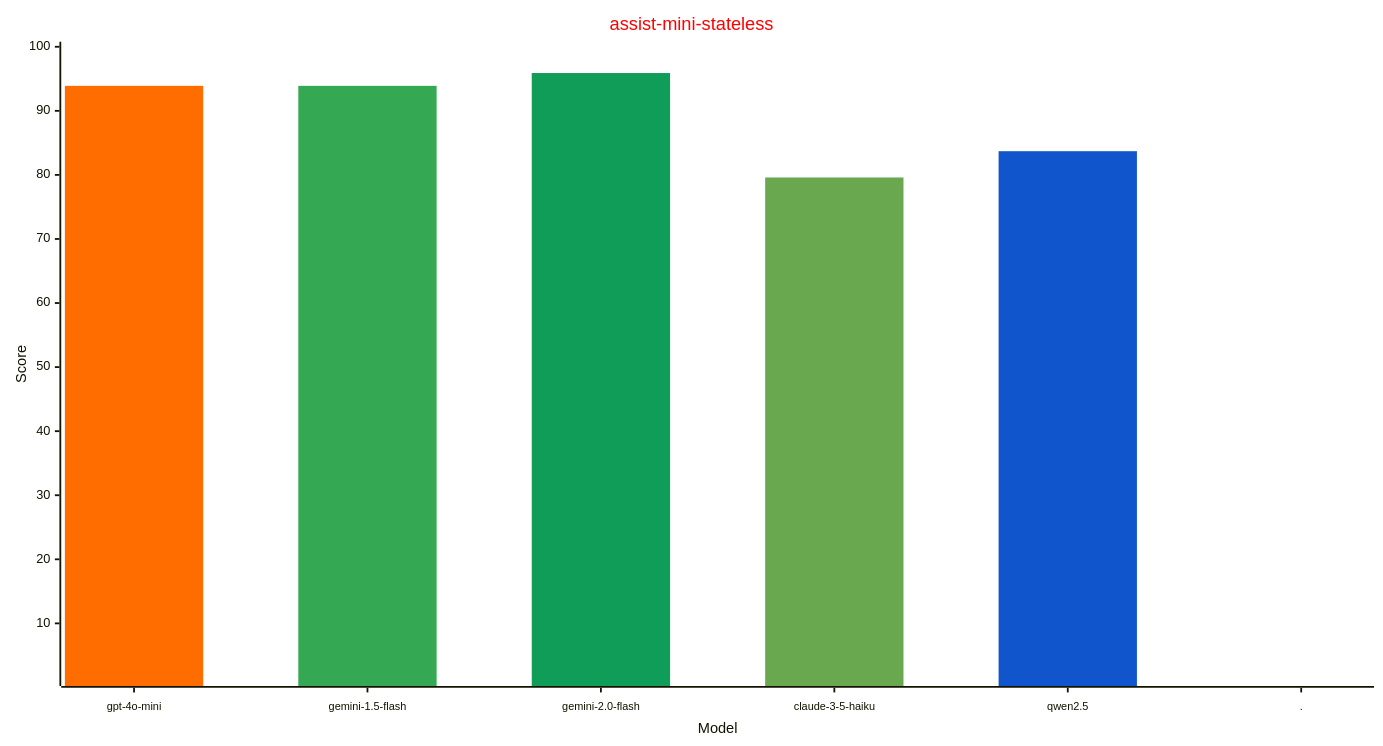
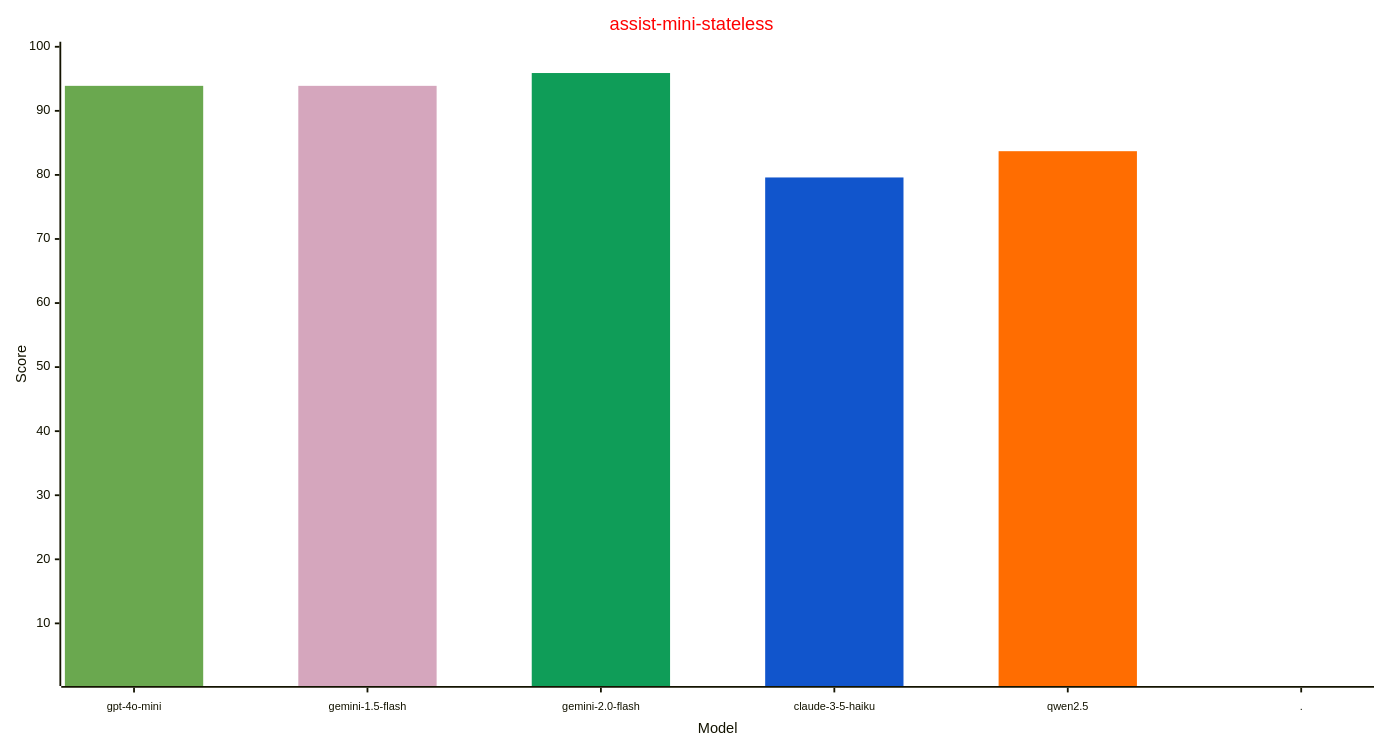
The second of 4 diagrams in reports/README.md (allenporter/home-assistant-datasets), drawn with Mermaid before and after one commit. The commit also changed other lines of this file and 2 other files, not shown here.

````diff
--- a/reports/README.md
+++ b/reports/README.md
@@ -104,26 +104,26 @@
 ```mermaid
 ---
 config:
     xyChart:
         width: 1500
         height: 800
         xAxis:
           labelFontSize: 12
           labelPadding: 8
     themeVariables:
         xyChart:
             titleColor: "#ff0000"
-            plotColorPalette: "#ff6d01, #34a853, #0f9d58, #6aa84f, #1155cc, #4285f4"
+            plotColorPalette: "#6aa84f, #d5a6bd, #0f9d58, #1155cc, #ff6d01, #4285f4"
 
 ---
 xychart-beta
   title "assist-mini-stateless"
   x-axis "Model" [gpt-4o-mini, gemini-1.5-flash, gemini-2.0-flash, claude-3-5-haiku, qwen2.5, .]
   y-axis "Score" 1 --> 100
   bar [93.9, 0.0, 0.0, 0.0, 0.0, 0.0]
   bar [0.0, 93.9, 0.0, 0.0, 0.0, 0.0]
   bar [0.0, 0.0, 95.9, 0.0, 0.0, 0.0]
   bar [0.0, 0.0, 0.0, 79.6, 0.0, 0.0]
   bar [0.0, 0.0, 0.0, 0.0, 83.7, 0.0]
   bar [0.0, 0.0, 0.0, 0.0, 0.0, -1.0]
 ```
````
